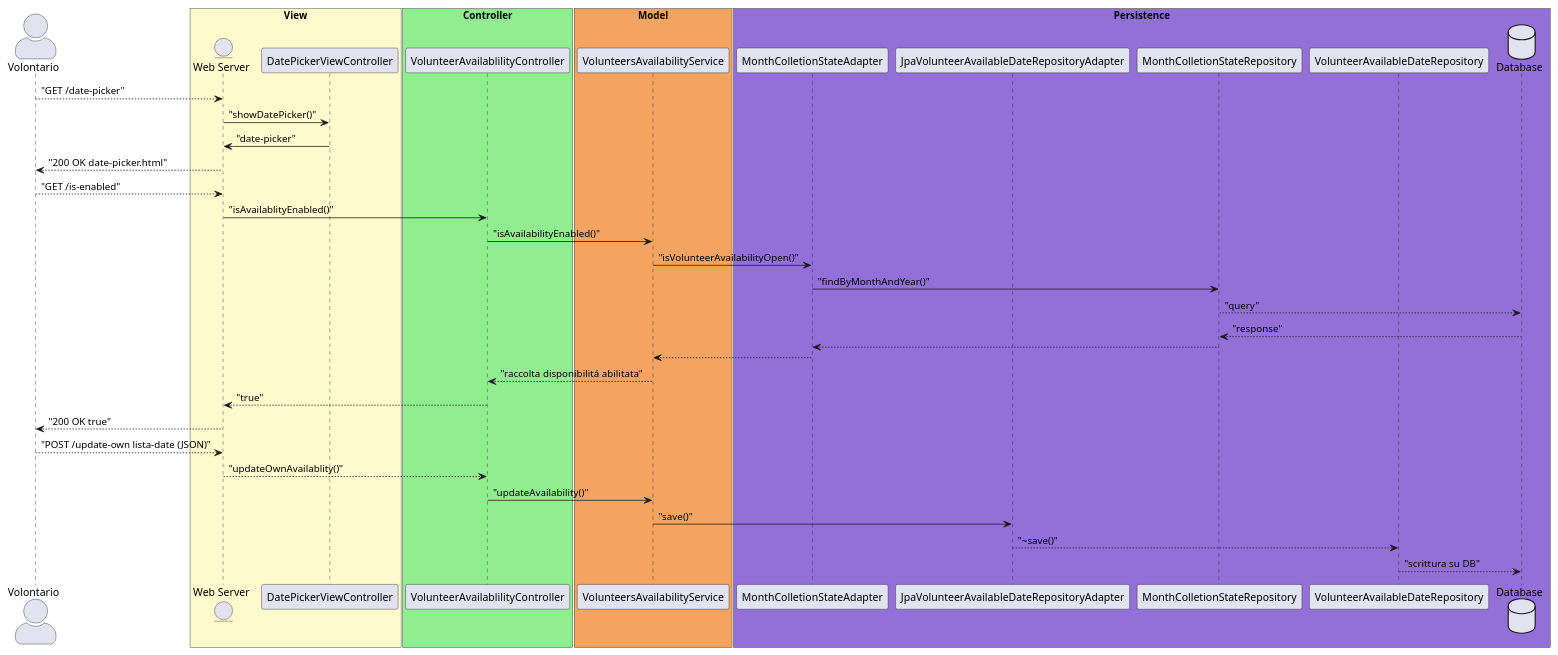
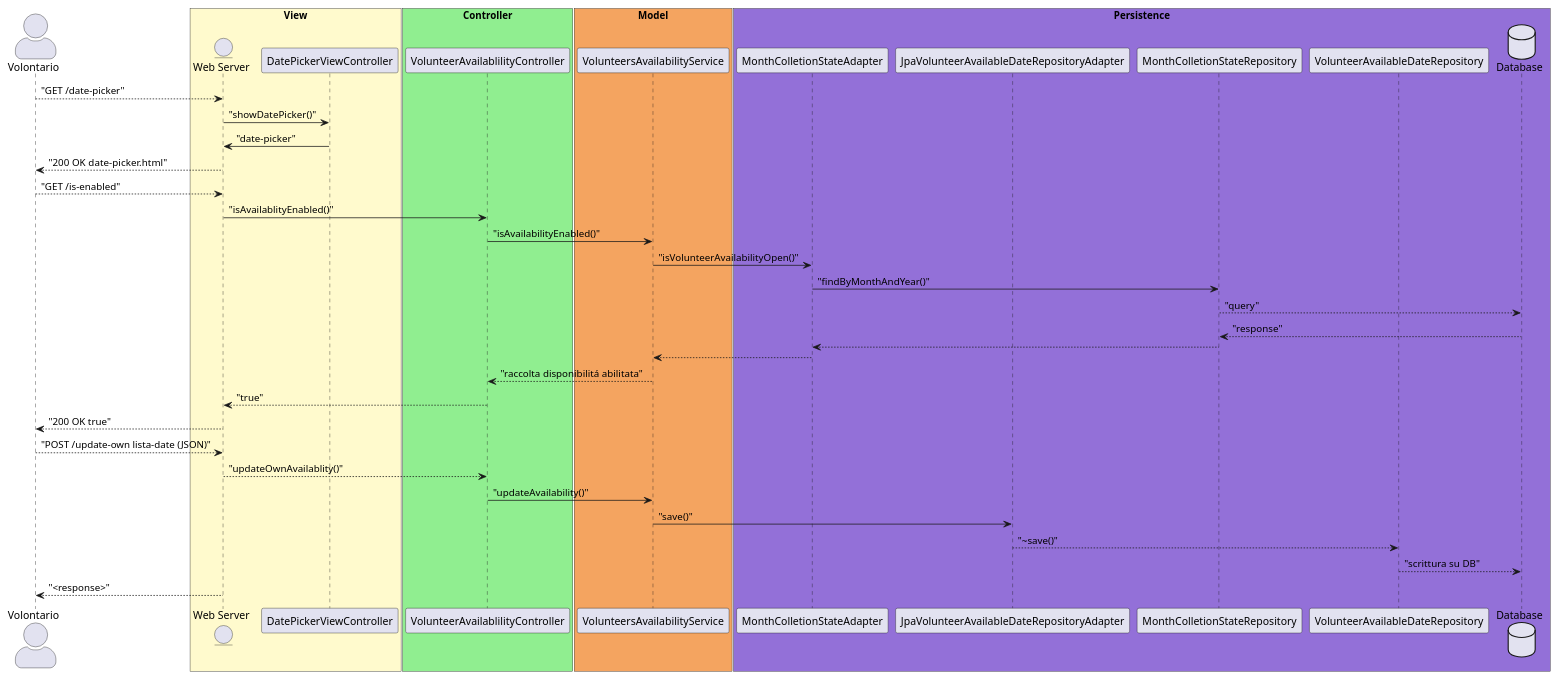
One commit to LDolzanelli/progettoIngegneria changed the diagram in doc/Presentazione/Diagramma_sequenza/ssd_diagram.puml. Above: the diagram before and after it, drawn with PlantUML. The commit also changed 3 other files, not shown here.

Commit message:
Modifica del diagramma di sequenza

```diff
--- a/doc/Presentazione/Diagramma_sequenza/ssd_diagram.puml
+++ b/doc/Presentazione/Diagramma_sequenza/ssd_diagram.puml
@@ -1,49 +1,50 @@
 @startuml
 skinparam actorStyle awesome
 
 actor Volontario as volunteer
 box "View" #LemonChiffon
 entity "Web Server" as webServer
 participant DatePickerViewController as dpController
 end box
 box "Controller" #lightgreen
 
 participant VolunteerAvailablilityController as vaController
 end box
 box "Model" #sandybrown
 participant VolunteersAvailabilityService as vaService
 
 end box
 
 box "Persistence" #mediumpurple
 participant MonthColletionStateAdapter as mcsAdapter
 participant JpaVolunteerAvailableDateRepositoryAdapter as jpadRepositoryAdapter
 participant MonthColletionStateRepository as mcsRepository
 participant VolunteerAvailableDateRepository as vadRepository
 database Database as db
 end box
 
 volunteer --> webServer : "GET /date-picker"
 webServer -> dpController : "showDatePicker()"
 dpController -> webServer : "date-picker"
 webServer --> volunteer : "200 OK date-picker.html"
 volunteer --> webServer : "GET /is-enabled"
 webServer -> vaController : "isAvailablityEnabled()"
 vaController -> vaService : "isAvailabilityEnabled()"
 vaService -> mcsAdapter : "isVolunteerAvailabilityOpen()"
 mcsAdapter -> mcsRepository : "findByMonthAndYear()"
 mcsRepository --> db : "query"
 db --> mcsRepository : "response"
 mcsRepository --> mcsAdapter
 mcsAdapter --> vaService
 vaService --> vaController : "raccolta disponibilitá abilitata"
 vaController --> webServer : "true"
 webServer --> volunteer : "200 OK true"
 
 volunteer --> webServer : "POST /update-own lista-date (JSON)"
 webServer --> vaController : "updateOwnAvailablity()"
 vaController -> vaService : "updateAvailability()"
 vaService -> jpadRepositoryAdapter : "save()"
 jpadRepositoryAdapter --> vadRepository : "~save()"
 vadRepository --> db : "scrittura su DB"
+webServer --> volunteer : "<response>"
 @enduml
```
